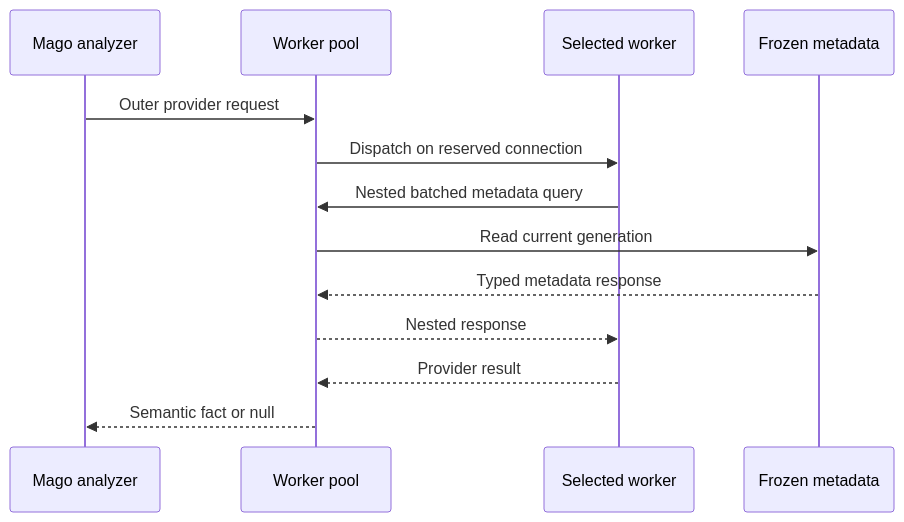
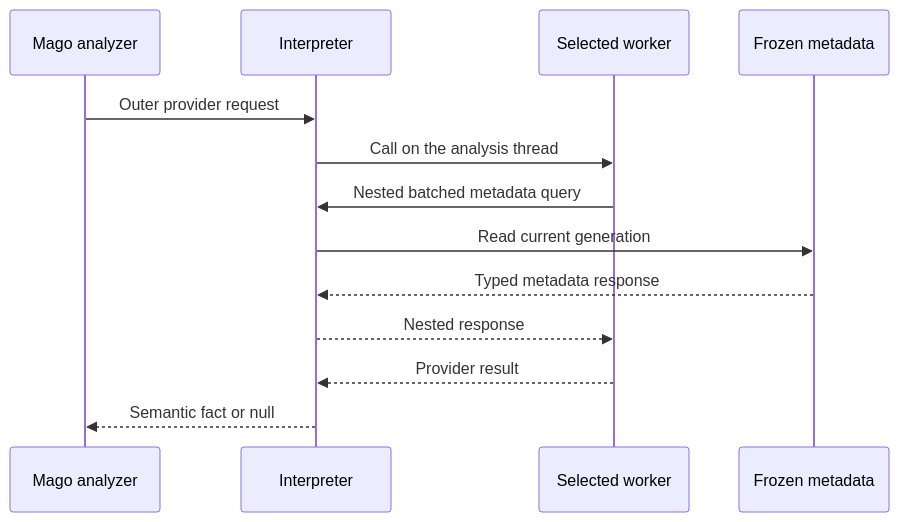
Before and after one commit to heyJordanParker/mago-sharp: the second of 2 diagrams in docs/content/en/extensions/architecture.md, drawn with Mermaid. The commit also changed other lines of this file and 129 other files, not shown here.

````diff
--- a/docs/content/en/extensions/architecture.md
+++ b/docs/content/en/extensions/architecture.md
@@ -89,16 +73,16 @@
 ```mermaid
 sequenceDiagram
     participant Analyzer as Mago analyzer
-    participant Pool as Worker pool
+    participant Engine as Interpreter
     participant Worker as Selected worker
     participant Metadata as Frozen metadata
 
-    Analyzer->>Pool: Outer provider request
-    Pool->>Worker: Dispatch on reserved connection
-    Worker->>Pool: Nested batched metadata query
-    Pool->>Metadata: Read current generation
-    Metadata-->>Pool: Typed metadata response
-    Pool-->>Worker: Nested response
-    Worker-->>Pool: Provider result
-    Pool-->>Analyzer: Semantic fact or null
+    Analyzer->>Engine: Outer provider request
+    Engine->>Worker: Call on the analysis thread
+    Worker->>Engine: Nested batched metadata query
+    Engine->>Metadata: Read current generation
+    Metadata-->>Engine: Typed metadata response
+    Engine-->>Worker: Nested response
+    Worker-->>Engine: Provider result
+    Engine-->>Analyzer: Semantic fact or null
 ```
````
